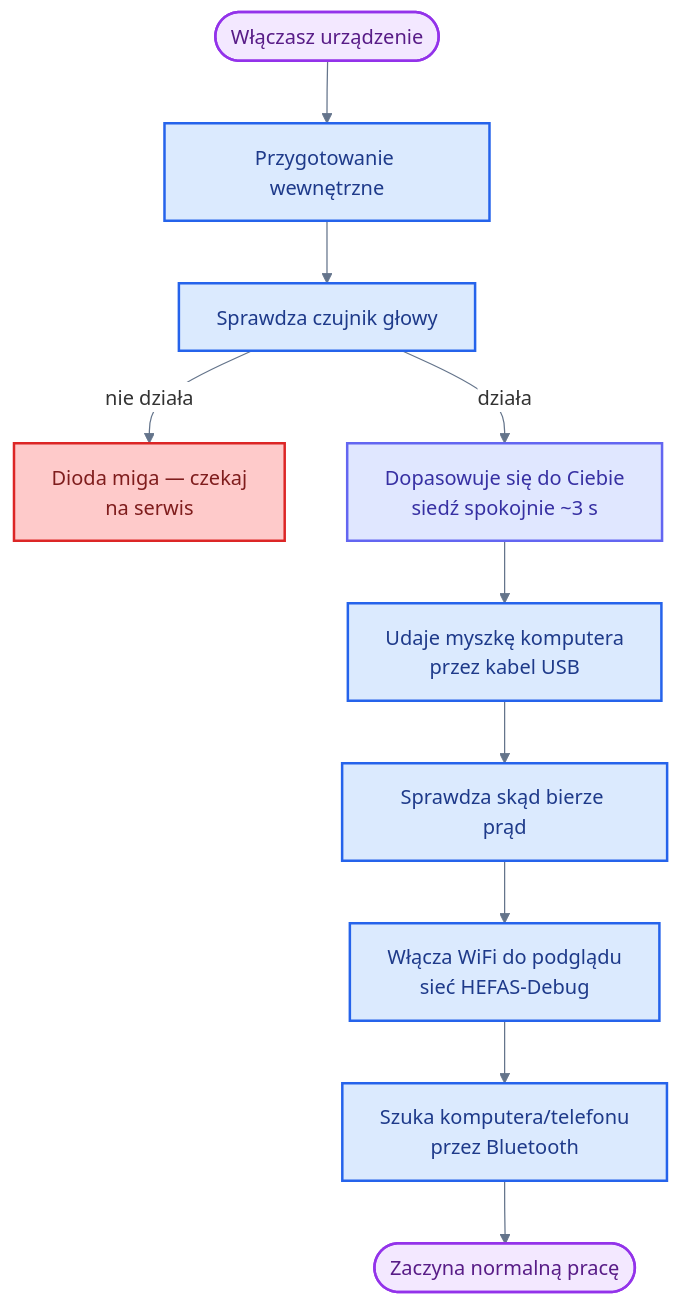
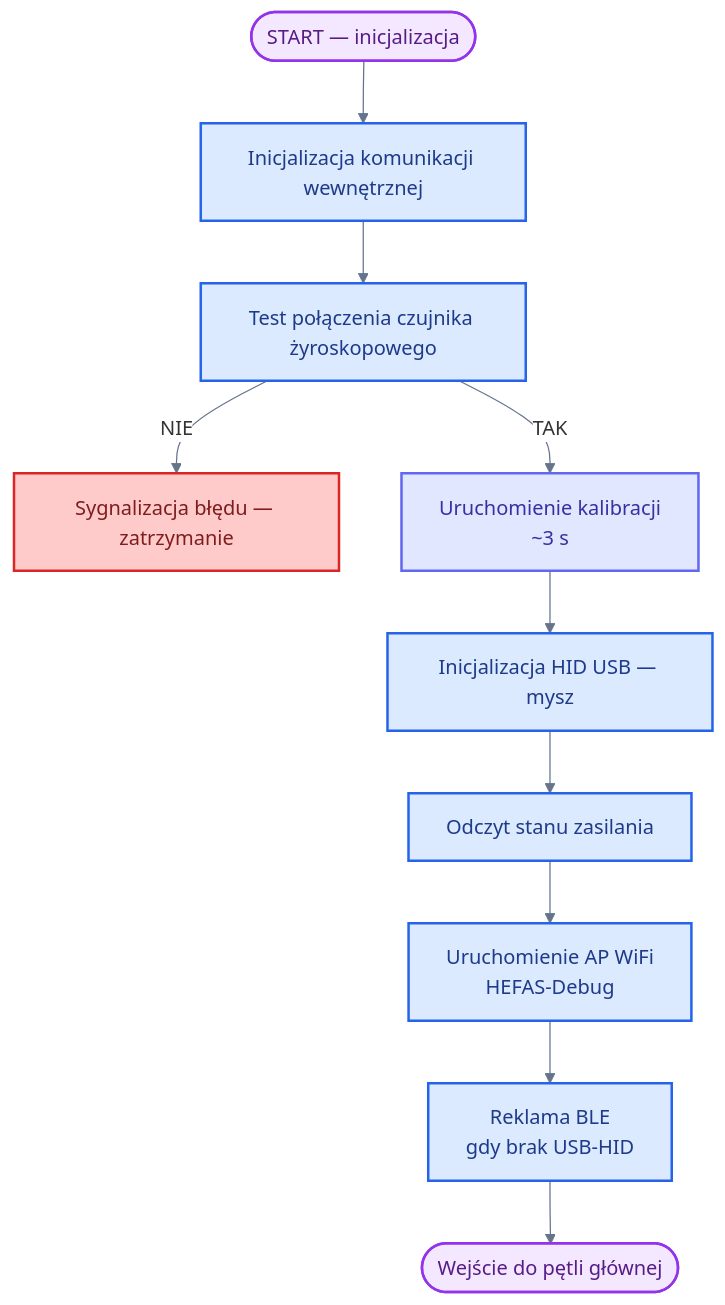
The second of 10 diagrams in README.md (bartkadres-ai/HEFAS-4.0), drawn with Mermaid before and after one commit. The commit also changed other lines of this file, not shown here.

````diff
--- a/README.md
+++ b/README.md
@@ -330,22 +330,22 @@
 ```mermaid
 %%{init: { 'theme': 'default', 'themeVariables': { 'darkMode': false, 'background': '#ffffff', 'mainBkg': '#ffffff', 'primaryColor': '#ffffff', 'secondaryColor': '#ffffff', 'tertiaryColor': '#ffffff', 'primaryTextColor': '#1e293b', 'secondaryTextColor': '#334155', 'lineColor': '#64748b', 'primaryBorderColor': '#94a3b8', 'clusterBkg': '#f1f5f9', 'clusterBorder': '#94a3b8', 'edgeLabelBackground': '#ffffff', 'noteBkgColor': '#f8fafc', 'noteTextColor': '#475569', 'fontFamily': 'arial' }}}%%
 flowchart TD
-    S([Włączasz urządzenie]) --> SER[Przygotowanie wewnętrzne]
-    SER --> I2C[Sprawdza czujnik głowy]
-    I2C -->|nie działa| BLINK[Dioda miga — czekaj<br/>na serwis]
-    I2C -->|działa| KAL0["Dopasowuje się do Ciebie<br/>siedź spokojnie ~3 s"]
-    KAL0 --> USB["Udaje myszkę komputera<br/>przez kabel USB"]
-    USB --> ZAS0[Sprawdza skąd bierze prąd]
-    ZAS0 --> WD["Włącza WiFi do podglądu<br/>sieć HEFAS-Debug"]
-    WD --> BLE0["Szuka komputera/telefonu<br/>przez Bluetooth"]
-    BLE0 --> E([Zaczyna normalną pracę])
+    S([START — inicjalizacja]) --> SER[Inicjalizacja komunikacji wewnętrznej]
+    SER --> I2C[Test połączenia czujnika żyroskopowego]
+    I2C -->|NIE| BLINK[Sygnalizacja błędu — zatrzymanie]
+    I2C -->|TAK| KAL0["Uruchomienie kalibracji<br/>~3 s"]
+    KAL0 --> USB[Inicjalizacja HID USB — mysz]
+    USB --> ZAS0[Odczyt stanu zasilania]
+    ZAS0 --> WD["Uruchomienie AP WiFi<br/>HEFAS-Debug"]
+    WD --> BLE0["Reklama BLE<br/>gdy brak USB-HID"]
+    BLE0 --> E([Wejście do pętli głównej])
 
     classDef startEnd fill:#f3e8ff,stroke:#9333ea,stroke-width:2px,color:#581c87
     classDef process fill:#dbeafe,stroke:#2563eb,stroke-width:2px,color:#1e3a8a
     classDef bad fill:#fecaca,stroke:#dc2626,stroke-width:2px,color:#7f1d1d
     classDef setup fill:#e0e7ff,stroke:#6366f1,stroke-width:2px,color:#3730a3
     class S,E startEnd
     class SER,I2C,USB,ZAS0,WD,BLE0 process
     class KAL0 setup
     class BLINK bad
 ```
````
